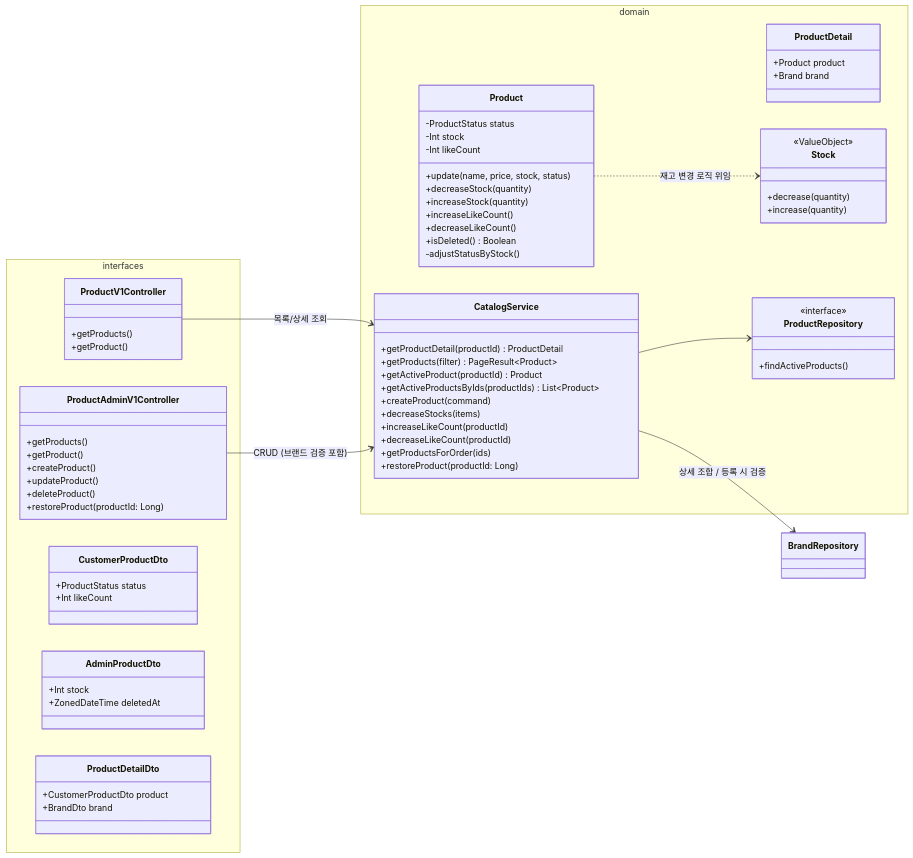
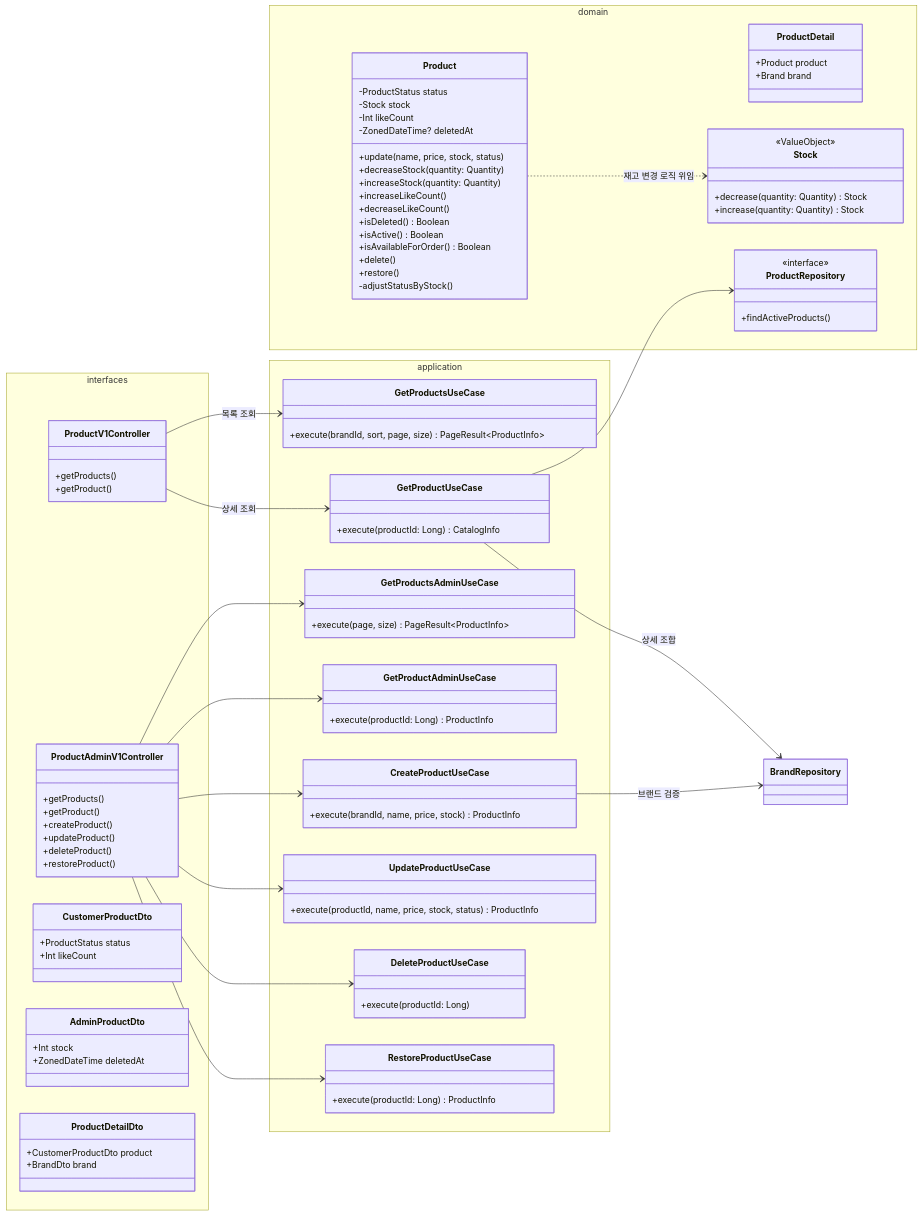
The third of 8 diagrams in docs/design/03-class-diagram.md (Loopers-dev-lab/loop-pack-be-l2-vol3-kotlin), drawn with Mermaid before and after one commit. The commit also changed other lines of this file and 6 other files, not shown here.

First line of the commit message:
docs: 설계 문서 최신화 — Facade/Service → UseCase 패턴 반영

````diff
--- a/docs/design/03-class-diagram.md
+++ b/docs/design/03-class-diagram.md
@@ -212,7 +265,7 @@
             +createProduct()
             +updateProduct()
             +deleteProduct()
-            +restoreProduct(productId: Long)
+            +restoreProduct()
         }
         class CustomerProductDto {
             +ProductStatus status
@@ -228,6 +281,33 @@
         }
     }
 
+    namespace application {
+        class GetProductsUseCase {
+            +execute(brandId, sort, page, size) PageResult~ProductInfo~
+        }
+        class GetProductUseCase {
+            +execute(productId: Long) CatalogInfo
+        }
+        class GetProductsAdminUseCase {
+            +execute(page, size) PageResult~ProductInfo~
+        }
+        class GetProductAdminUseCase {
+            +execute(productId: Long) ProductInfo
+        }
+        class CreateProductUseCase {
+            +execute(brandId, name, price, stock) ProductInfo
+        }
+        class UpdateProductUseCase {
+            +execute(productId, name, price, stock, status) ProductInfo
+        }
+        class DeleteProductUseCase {
+            +execute(productId: Long)
+        }
+        class RestoreProductUseCase {
+            +execute(productId: Long) ProductInfo
+        }
+    }
+
     namespace domain {
         class ProductDetail {
             +Product product
@@ -235,43 +315,43 @@
         }
         class Product {
             -ProductStatus status
-            -Int stock
+            -Stock stock
             -Int likeCount
+            -ZonedDateTime? deletedAt
             +update(name, price, stock, status)
-            +decreaseStock(quantity)
-            +increaseStock(quantity)
+            +decreaseStock(quantity: Quantity)
+            +increaseStock(quantity: Quantity)
             +increaseLikeCount()
             +decreaseLikeCount()
             +isDeleted() Boolean
+            +isActive() Boolean
+            +isAvailableForOrder() Boolean
+            +delete()
+            +restore()
             -adjustStatusByStock()
         }
         class Stock {
             <<ValueObject>>
-            +decrease(quantity)
-            +increase(quantity)
+            +decrease(quantity: Quantity) Stock
+            +increase(quantity: Quantity) Stock
         }
-    %% Price VO — @JvmInline value class (BigDecimal >= 0)
-        class CatalogService {
-            +getProductDetail(productId) ProductDetail
-            +getProducts(filter) PageResult~Product~
-            +getActiveProduct(productId) Product
-            +getActiveProductsByIds(productIds) List~Product~
-            +createProduct(command)
-            +decreaseStocks(items)
-            +increaseLikeCount(productId)
-            +decreaseLikeCount(productId)
-            +getProductsForOrder(ids)
-            +restoreProduct(productId: Long)
-        }
+    %% Money VO — @JvmInline value class (BigDecimal >= 0)
         class ProductRepository {
             <<interface>>
             +findActiveProducts()
         }
     }
 
-    ProductV1Controller --> CatalogService: 목록/상세 조회
-    ProductAdminV1Controller --> CatalogService: CRUD (브랜드 검증 포함)
-    CatalogService --> ProductRepository
-    CatalogService --> BrandRepository: 상세 조합 / 등록 시 검증
+    ProductV1Controller --> GetProductsUseCase: 목록 조회
+    ProductV1Controller --> GetProductUseCase: 상세 조회
+    ProductAdminV1Controller --> GetProductsAdminUseCase
+    ProductAdminV1Controller --> GetProductAdminUseCase
+    ProductAdminV1Controller --> CreateProductUseCase
+    ProductAdminV1Controller --> UpdateProductUseCase
+    ProductAdminV1Controller --> DeleteProductUseCase
+    ProductAdminV1Controller --> RestoreProductUseCase
+    GetProductUseCase --> ProductRepository
+    GetProductUseCase --> BrandRepository: 상세 조합
+    CreateProductUseCase --> BrandRepository: 브랜드 검증
     Product ..> Stock: 재고 변경 로직 위임
 ```
````
